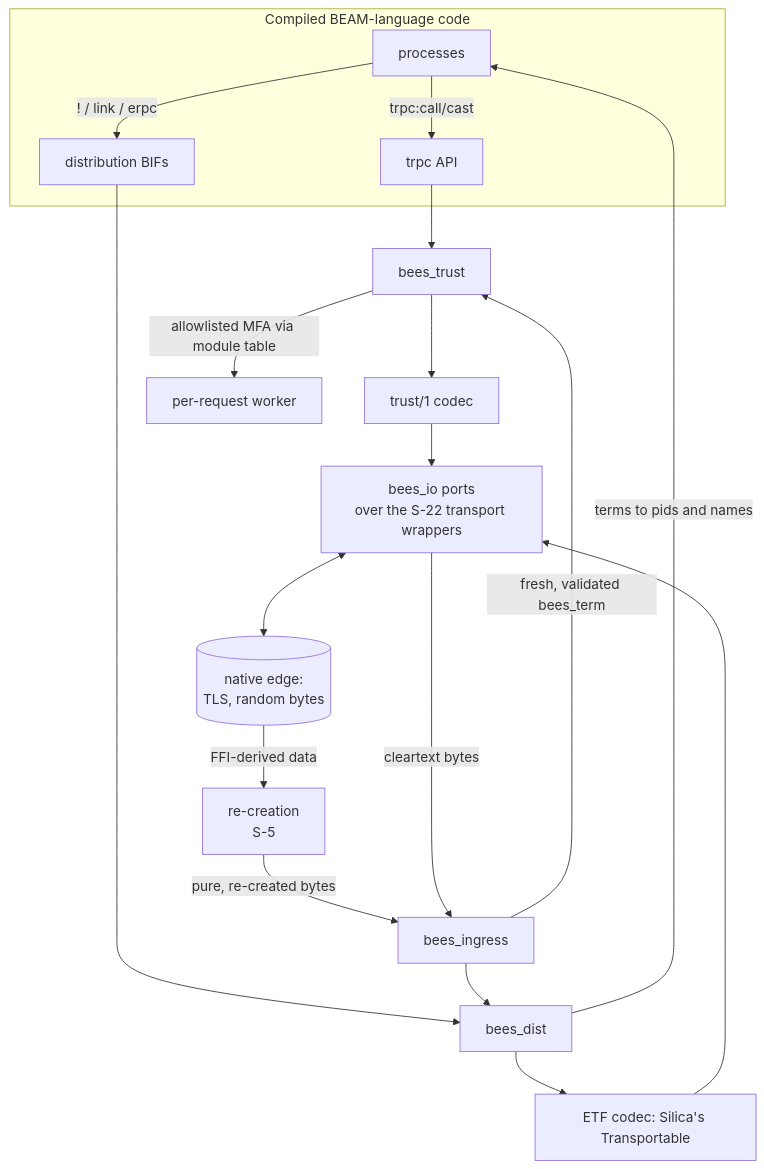
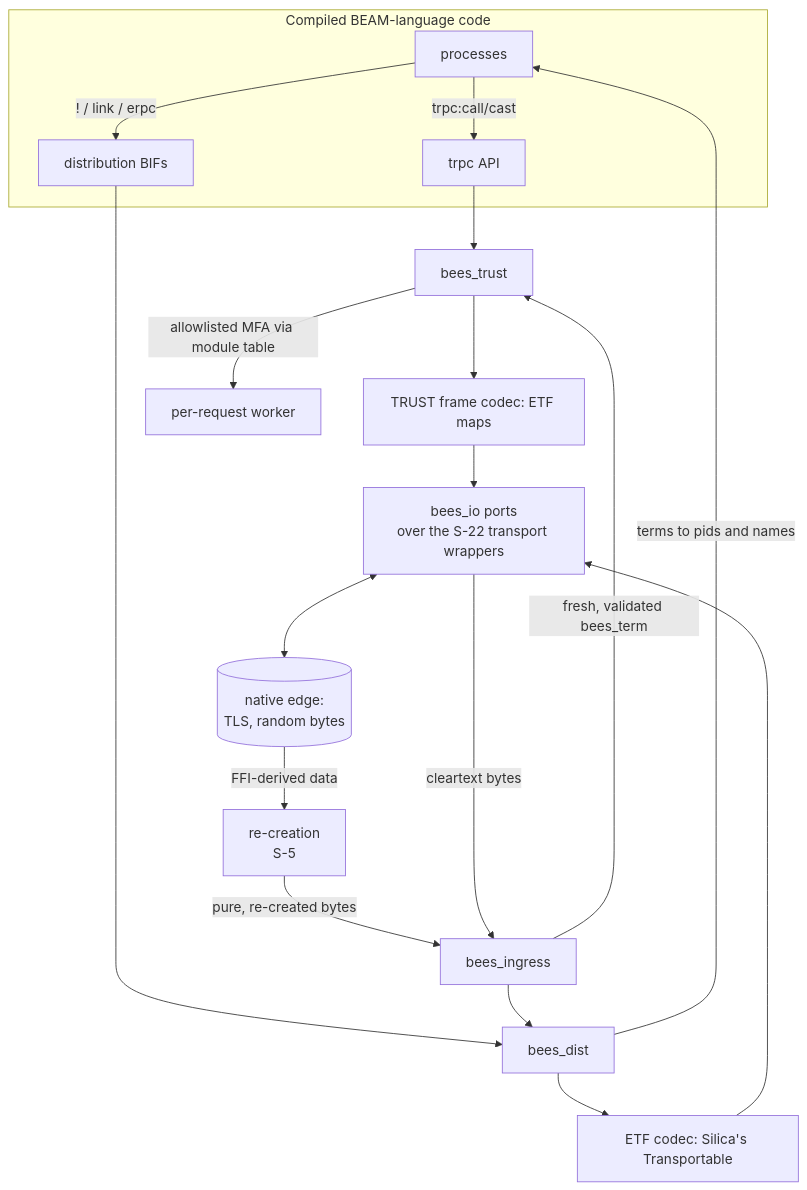
The first of 2 diagrams in development-plan/inter-nodal-modes.md (Silica-Language-and-Compiler/project-bees), drawn with Mermaid before and after one commit. The commit also changed other lines of this file and 32 other files, not shown here.

````diff
--- a/development-plan/inter-nodal-modes.md
+++ b/development-plan/inter-nodal-modes.md
@@ -38,21 +62,21 @@
 ```mermaid
 graph TD
   subgraph "Compiled BEAM-language code"
     APP[processes] -->|trpc:call/cast| TRPC[trpc API]
     APP -->|"! / link / erpc"| DBIF[distribution BIFs]
   end
   TRPC --> TR[bees_trust]
   DBIF --> DI[bees_dist]
-  TR --> TCODEC[trust/1 codec]
+  TR --> TCODEC[TRUST frame codec: ETF maps]
   DI --> CODEC[ETF codec: Silica's Transportable]
   TCODEC --> IO[bees_io ports<br/>over the S-22 transport wrappers]
   CODEC --> IO
   IO <--> EDGE[(native edge:<br/>TLS, random bytes)]
   EDGE -->|FFI-derived data| RC[re-creation<br/>S-5]
   RC -->|pure, re-created bytes| GATE[bees_ingress]
   IO -->|cleartext bytes| GATE
   GATE -->|fresh, validated bees_term| TR
   GATE --> DI
   TR -->|allowlisted MFA via module table| W[per-request worker]
   DI -->|terms to pids and names| APP
 ```
````
